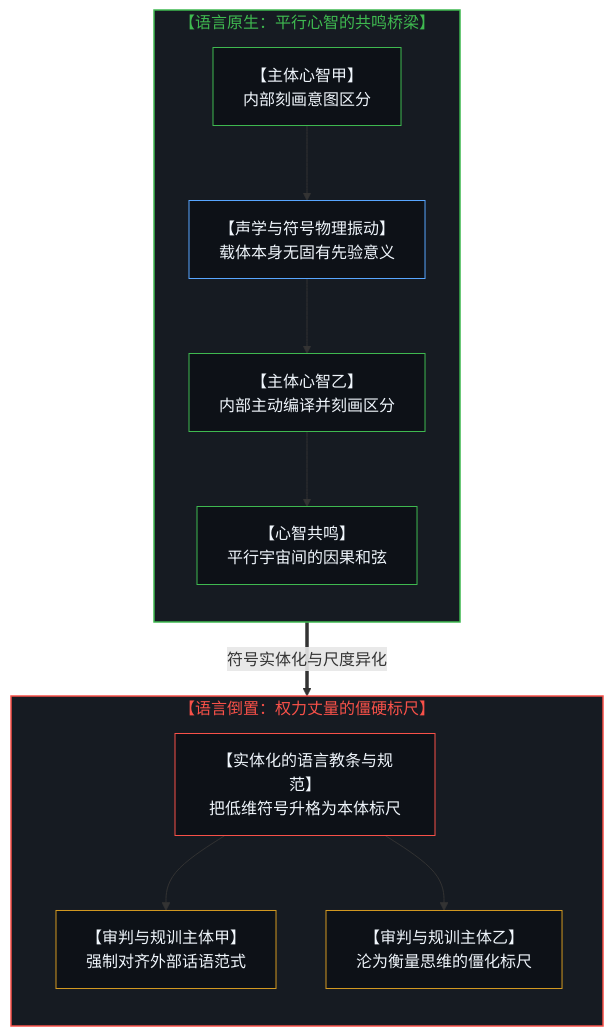
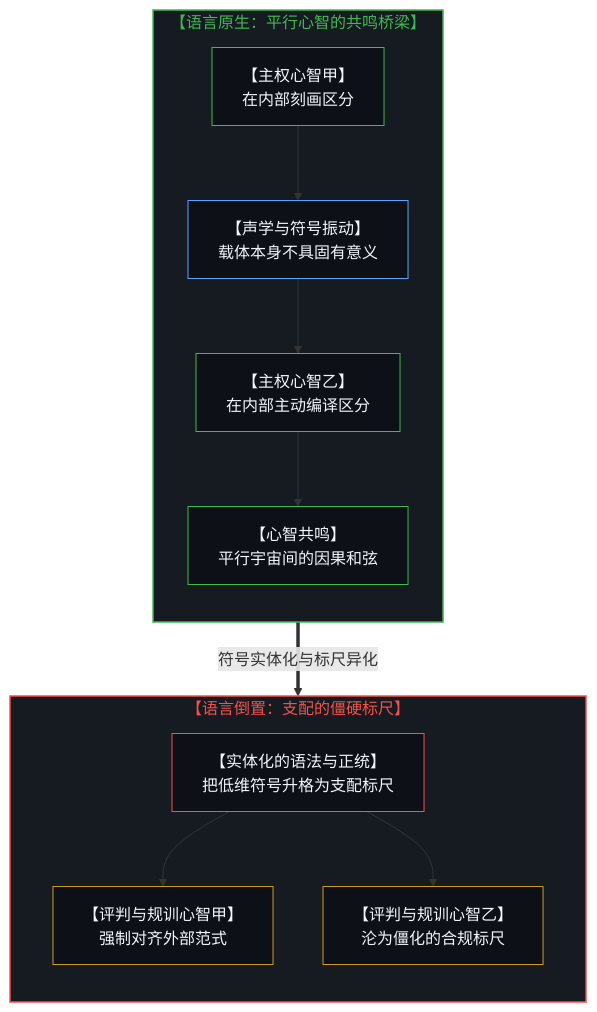
One commit to powerpig99/not-a-toe changed the third of 16 diagrams in content/posts/the-dissolution-of-the-great-reversal.md. Above: the diagram before and after it, drawn with Mermaid. The commit also changed other lines of this file and 3 other files, not shown here.

````diff
--- a/content/posts/the-dissolution-of-the-great-reversal.md
+++ b/content/posts/the-dissolution-of-the-great-reversal.md
@@ -105,34 +99,31 @@
 ```mermaid
 flowchart TD
     subgraph S_Bridge["【语言原生：平行心智的共鸣桥梁】"]
         direction TB
-        MindA["【主体心智甲】<br/>内部刻画意图区分"]
-        PhysicalVibration["【声学与符号物理振动】<br/>载体本身无固有先验意义"]
-        MindB["【主体心智乙】<br/>内部主动编译并刻画区分"]
+        MindA["【主权心智甲】<br/>在内部刻画区分"]
+        PhysicalVibration["【声学与符号振动】<br/>载体本身不具固有意义"]
+        MindB["【主权心智乙】<br/>在内部主动编译区分"]
         Resonance["【心智共鸣】<br/>平行宇宙间的因果和弦"]
         MindA --> PhysicalVibration
         PhysicalVibration --> MindB
         MindB --> Resonance
     end
-
-    S_Bridge ==>|"符号实体化与尺度异化"| S_Ruler
-
-    subgraph S_Ruler["【语言倒置：权力丈量的僵硬标尺】"]
+    S_Bridge ==>|"符号实体化与标尺异化"| S_Ruler
+    subgraph S_Ruler["【语言倒置：支配的僵硬标尺】"]
         direction TB
-        ReifiedGrammar["【实体化的语言教条与规范】<br/>把低维符号升格为本体标尺"]
-        PolicingA["【审判与规训主体甲】<br/>强制对齐外部话语范式"]
-        PolicingB["【审判与规训主体乙】<br/>沦为衡量思维的僵化标尺"]
+        ReifiedGrammar["【实体化的语法与正统】<br/>把低维符号升格为支配标尺"]
+        PolicingA["【评判与规训心智甲】<br/>强制对齐外部范式"]
+        PolicingB["【评判与规训心智乙】<br/>沦为僵化的合规标尺"]
         ReifiedGrammar --> PolicingA
         ReifiedGrammar --> PolicingB
     end
-
     style S_Bridge fill:#161b22,stroke:#3fb950,stroke-width:1.5px,color:#3fb950
     style S_Ruler fill:#161b22,stroke:#f85149,stroke-width:1.5px,color:#f85149
     style MindA fill:#0d1117,stroke:#3fb950,stroke-width:1px,color:#f0f6fc
     style PhysicalVibration fill:#0d1117,stroke:#58a6ff,stroke-width:1px,color:#f0f6fc
     style MindB fill:#0d1117,stroke:#3fb950,stroke-width:1px,color:#f0f6fc
     style Resonance fill:#0d1117,stroke:#3fb950,stroke-width:1px,color:#f0f6fc
     style ReifiedGrammar fill:#0d1117,stroke:#f85149,stroke-width:1px,color:#f0f6fc
     style PolicingA fill:#0d1117,stroke:#d29922,stroke-width:1px,color:#f0f6fc
     style PolicingB fill:#0d1117,stroke:#d29922,stroke-width:1px,color:#f0f6fc
 ```
````
